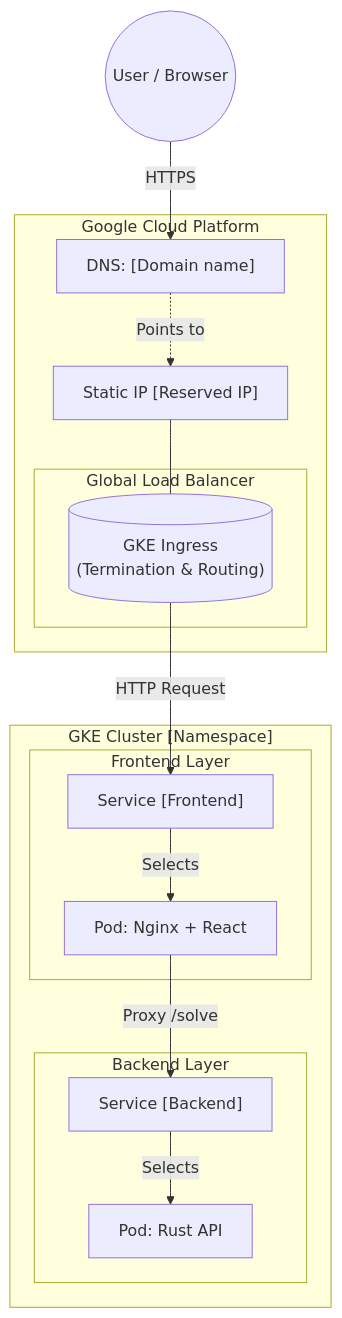
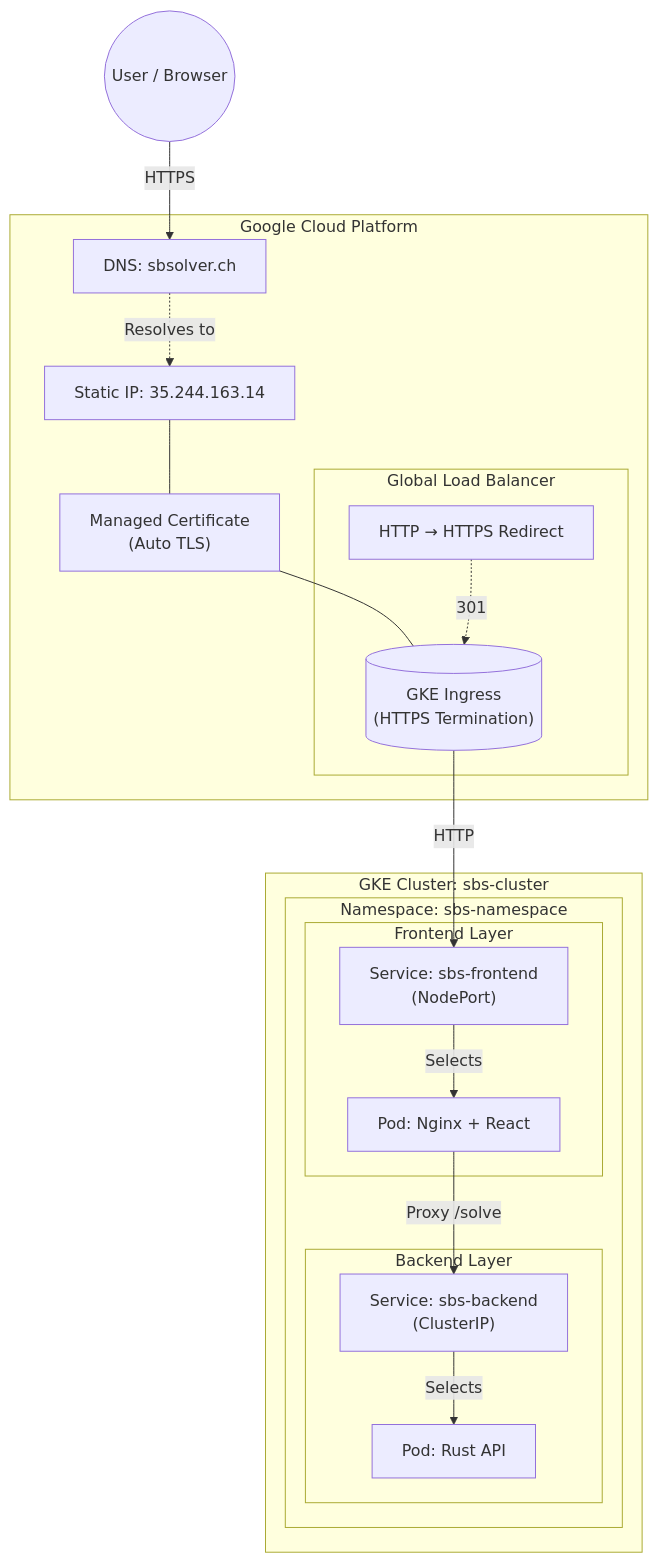
The diagram in architecture/cloud.mmd (wkusnierczyk/spelling-bee-solver), drawn with Mermaid before and after one commit. The commit also changed 5 other files, not shown here.

Commit message:
Update architecture diagrams

```diff
--- a/architecture/cloud.mmd
+++ b/architecture/cloud.mmd
@@ -1,31 +1,37 @@
 graph TD
     User((User / Browser))
     
     subgraph "Google Cloud Platform"
-        DNS["DNS: [Domain name]"]
-        StaticIP["Static IP [Reserved IP]"]
+        DNS["DNS: sbsolver.ch"]
+        StaticIP["Static IP: 35.244.163.14"]
+        Cert["Managed Certificate<br/>(Auto TLS)"]
         
         subgraph "Global Load Balancer"
-            Ingress[("GKE Ingress<br/>(Termination & Routing)")]
+            Ingress[("GKE Ingress<br/>(HTTPS Termination)")]
+            Redirect["HTTP → HTTPS Redirect"]
         end
     end
     
-    subgraph "GKE Cluster [Namespace]"
-        subgraph "Frontend Layer"
-            SvcFront["Service [Frontend]"]
-            PodFront[Pod: Nginx + React]
-        end
-        
-        subgraph "Backend Layer"
-            SvcBack["Service [Backend]"]
-            PodBack[Pod: Rust API]
+    subgraph "GKE Cluster: sbs-cluster"
+        subgraph "Namespace: sbs-namespace"
+            subgraph "Frontend Layer"
+                SvcFront["Service: sbs-frontend<br/>(NodePort)"]
+                PodFront["Pod: Nginx + React"]
+            end
+            
+            subgraph "Backend Layer"
+                SvcBack["Service: sbs-backend<br/>(ClusterIP)"]
+                PodBack["Pod: Rust API"]
+            end
         end
     end
 
     User -->|HTTPS| DNS
-    DNS -.->|Points to| StaticIP
-    StaticIP --- Ingress
-    Ingress -->|HTTP Request| SvcFront
+    DNS -.->|Resolves to| StaticIP
+    StaticIP --- Cert
+    Cert --- Ingress
+    Redirect -.->|301| Ingress
+    Ingress -->|HTTP| SvcFront
     SvcFront -->|Selects| PodFront
     PodFront -->|Proxy /solve| SvcBack
     SvcBack -->|Selects| PodBack
```
